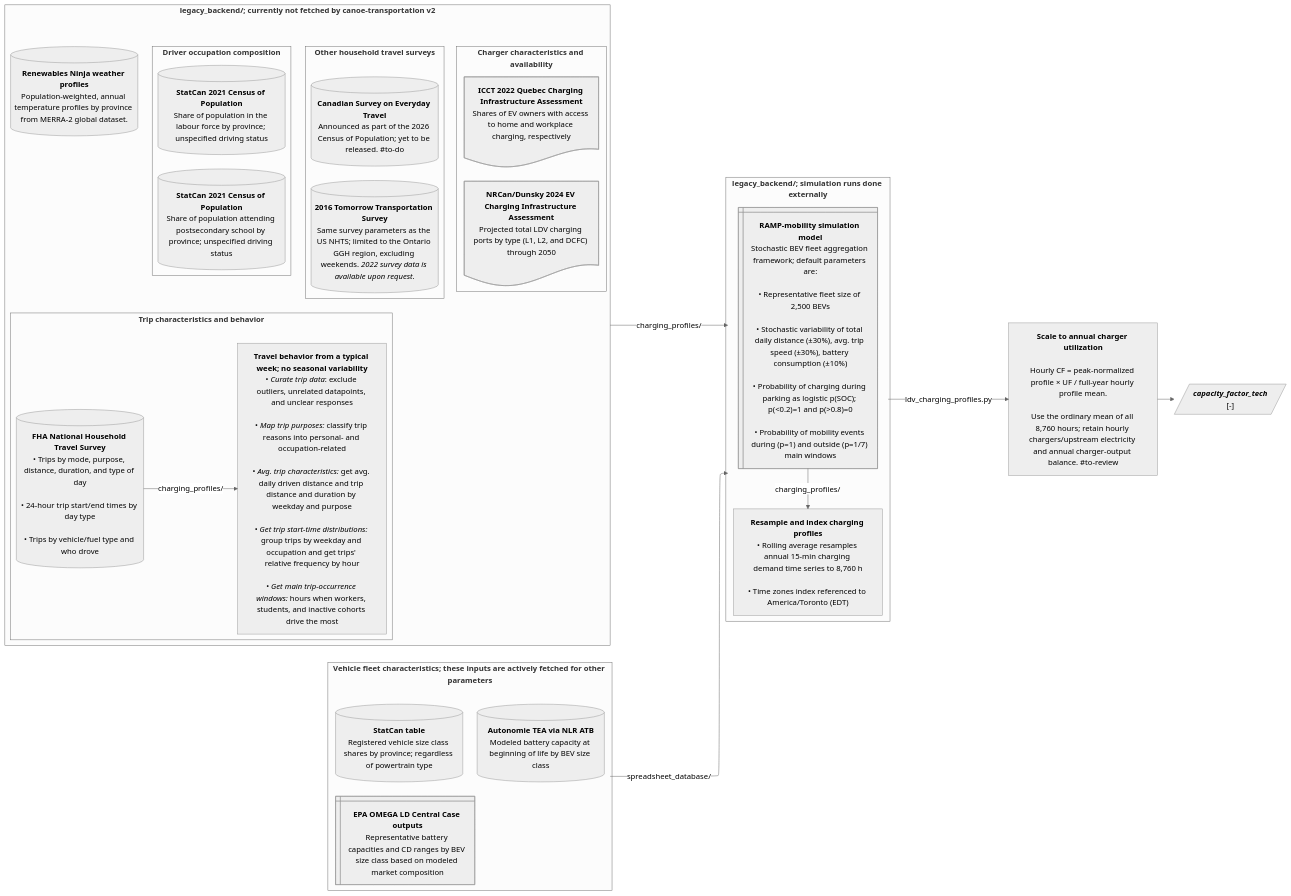
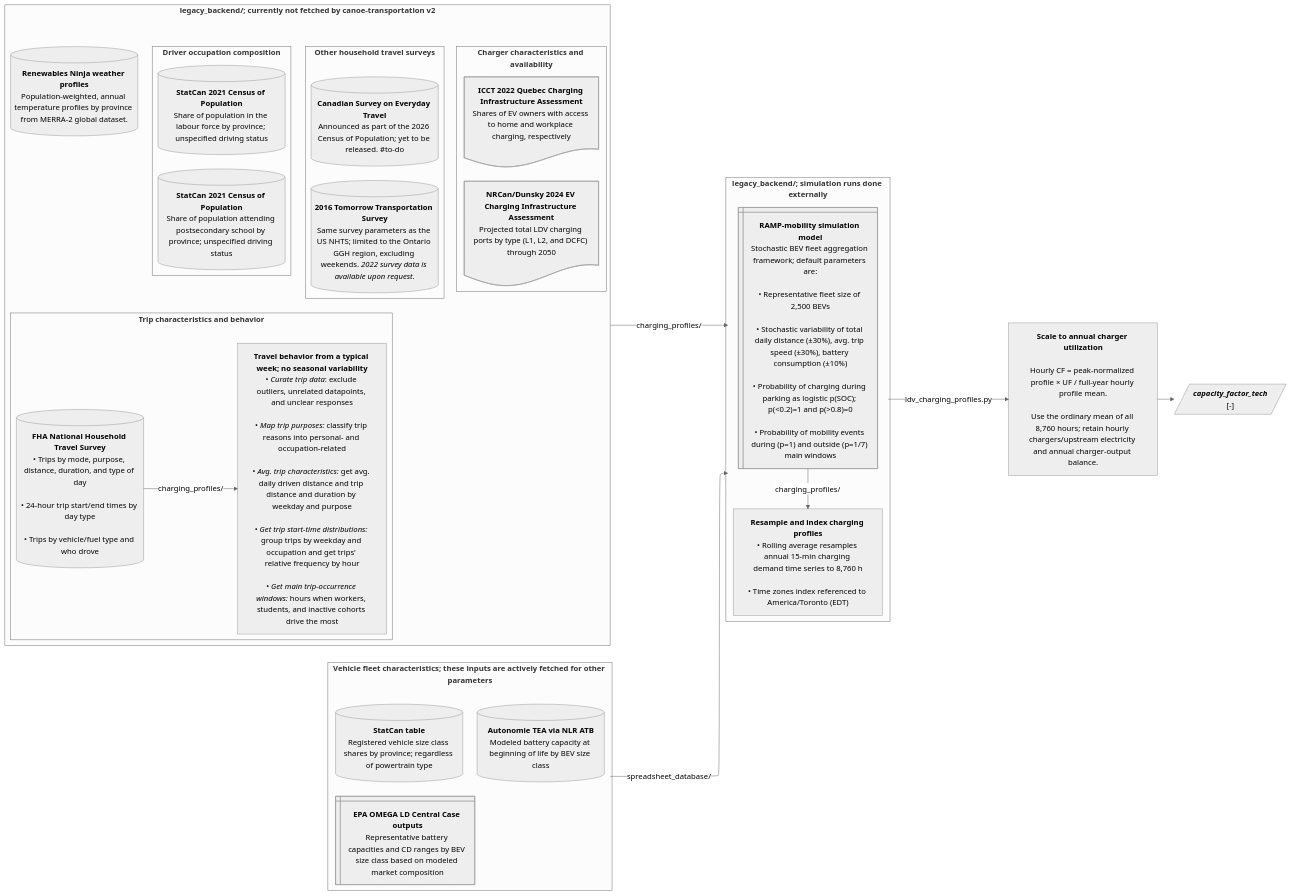
Before and after one commit to CANOE-main/canoe-transportation: diagram 12 of 12 in docs/etl_flowcharts.md, drawn with Mermaid (neutral theme). The commit also changed other lines of this file and 29 other files, not shown here.

```diff
--- a/docs/etl_flowcharts.md
+++ b/docs/etl_flowcharts.md
@@ -1124,7 +1122,7 @@
 
   ramp -- ldv_charging_profiles.py --> p4["`**Scale to annual charger utilization**<br>
     Hourly CF = peak-normalized profile × UF / full-year hourly profile mean.<br>
-    Use the ordinary mean of all 8,760 hours; retain hourly chargers/upstream electricity and annual charger-output balance. #to-review`"]
+    Use the ordinary mean of all 8,760 hours; retain hourly chargers/upstream electricity and annual charger-output balance.`"]
   p4 --> o1[/"`***capacity_factor_tech***
     [-]`"/]
 
```
